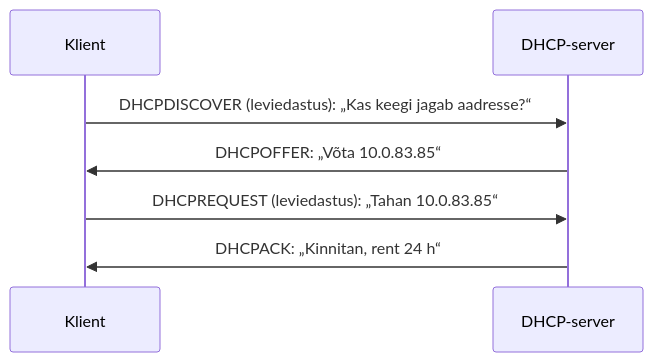
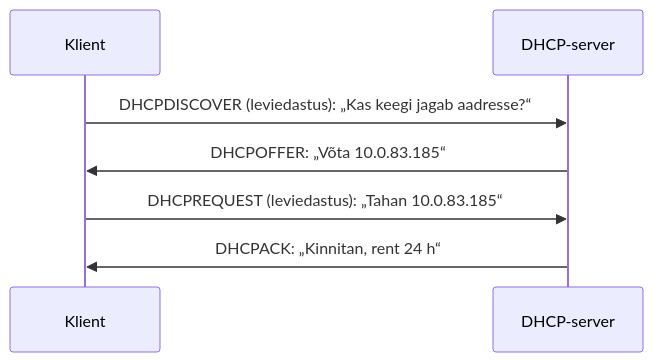
The diagram in docs/moodul-18-dhcp/index.md (rainkoor/linux-kursus), drawn with Mermaid before and after one commit. The commit also changed other lines of this file and 57 other files, not shown here.

````diff
--- a/docs/moodul-18-dhcp/index.md
+++ b/docs/moodul-18-dhcp/index.md
@@ -40,9 +40,9 @@
 ```mermaid
 sequenceDiagram
     participant K as Klient
     participant S as DHCP-server
     K->>S: DHCPDISCOVER (leviedastus): „Kas keegi jagab aadresse?“
-    S->>K: DHCPOFFER: „Võta 10.0.83.85“
-    K->>S: DHCPREQUEST (leviedastus): „Tahan 10.0.83.85“
+    S->>K: DHCPOFFER: „Võta 10.0.83.185“
+    K->>S: DHCPREQUEST (leviedastus): „Tahan 10.0.83.185“
     S->>K: DHCPACK: „Kinnitan, rent 24 h“
 ```
````
